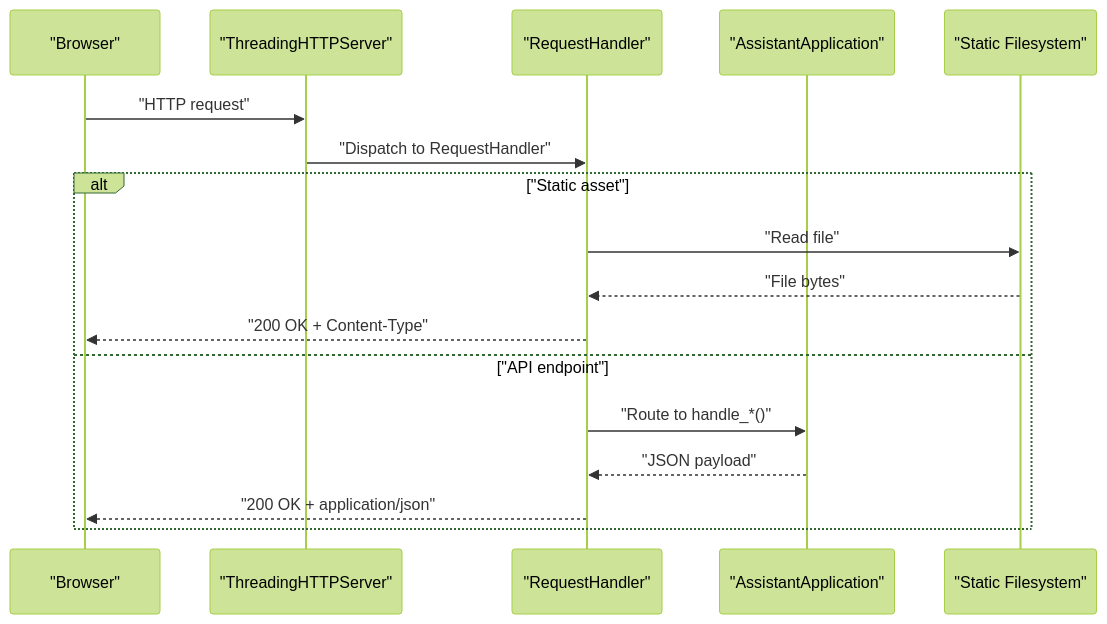
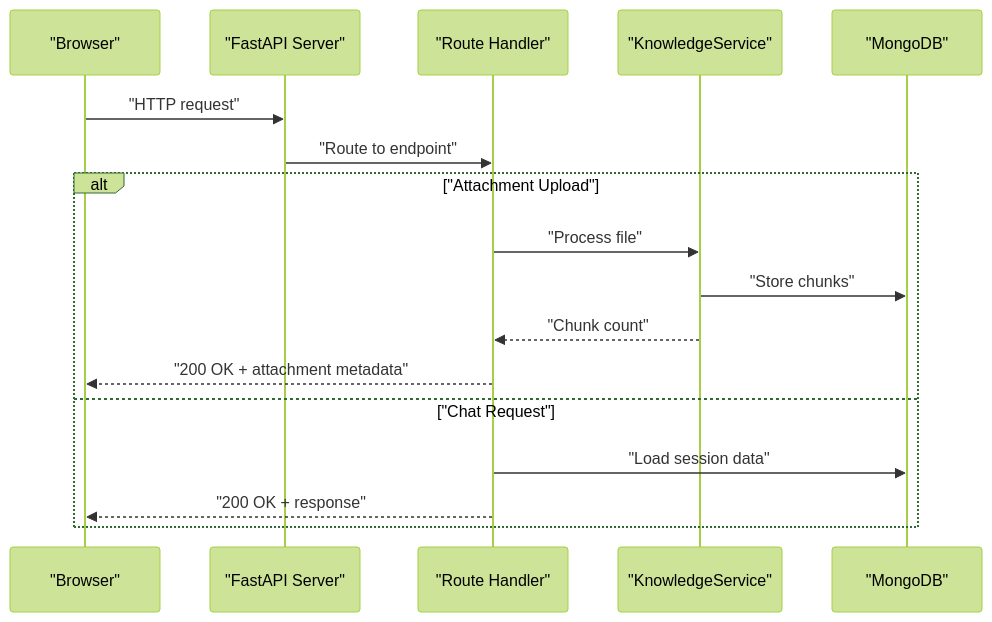
The second of 4 diagrams in .qoder/repowiki/en/content/System Architecture/Backend Architecture/HTTP Server Implementation/HTTP Server Implementation.md (Sovetsky-Soyuz/AI-Assistant), drawn with Mermaid (forest theme) before and after one commit. The commit also changed other lines of this file and 14 other files, not shown here.

````diff
--- a/.qoder/repowiki/en/content/System Architecture/Backend Architecture/HTTP Server Implementation/HTTP Server Implementation.md
+++ b/.qoder/repowiki/en/content/System Architecture/Backend Architecture/HTTP Server Implementation/HTTP Server Implementation.md
@@ -87,19 +100,19 @@
 ```mermaid
 sequenceDiagram
 participant Client as "Browser"
-participant Server as "ThreadingHTTPServer"
-participant Handler as "RequestHandler"
-participant App as "AssistantApplication"
-participant FS as "Static Filesystem"
-Client->>Server : "HTTP request"
-Server->>Handler : "Dispatch to RequestHandler"
-alt "Static asset"
-Handler->>FS : "Read file"
-FS-->>Handler : "File bytes"
-Handler-->>Client : "200 OK + Content-Type"
-else "API endpoint"
-Handler->>App : "Route to handle_*()"
-App-->>Handler : "JSON payload"
-Handler-->>Client : "200 OK + application/json"
+participant FastAPI as "FastAPI Server"
+participant Handler as "Route Handler"
+participant Knowledge as "KnowledgeService"
+participant Mongo as "MongoDB"
+Client->>FastAPI : "HTTP request"
+FastAPI->>Handler : "Route to endpoint"
+alt "Attachment Upload"
+Handler->>Knowledge : "Process file"
+Knowledge->>Mongo : "Store chunks"
+Knowledge-->>Handler : "Chunk count"
+Handler-->>Client : "200 OK + attachment metadata"
+else "Chat Request"
+Handler->>Mongo : "Load session data"
+Handler-->>Client : "200 OK + response"
 end
 ```
````
